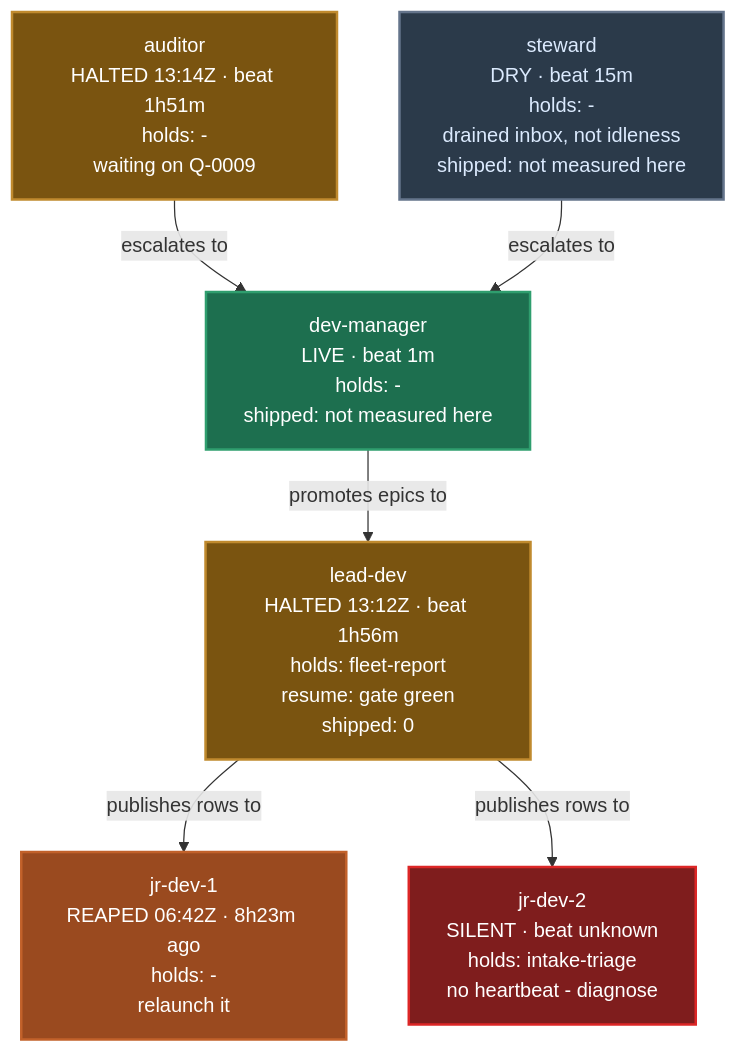
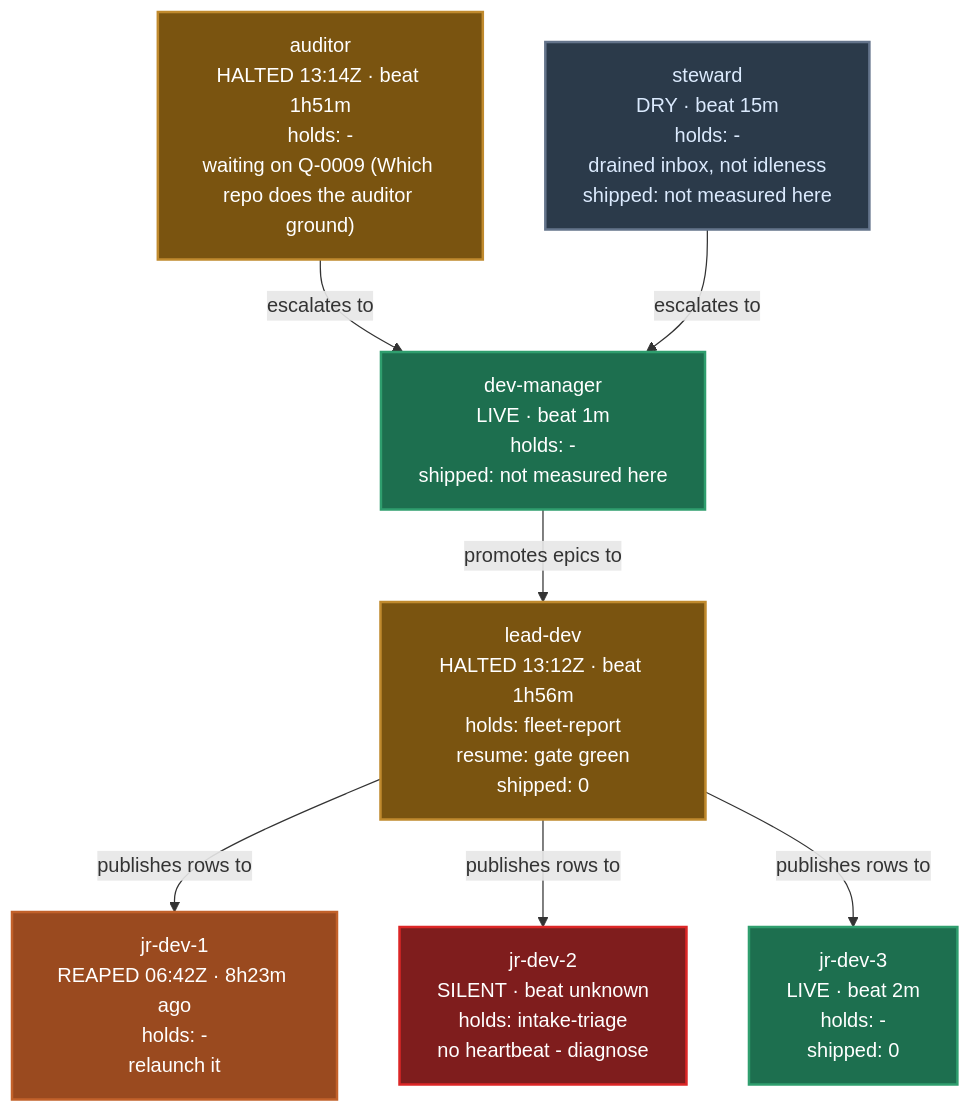
One commit to abrooks89/agentflow changed the diagram in skills/report/SKILL.md. Above: the diagram before and after it, drawn with Mermaid. The commit also changed other lines of this file and 271 other files, not shown here.

````diff
--- a/skills/report/SKILL.md
+++ b/skills/report/SKILL.md
@@ -654,25 +690,27 @@
 ```mermaid
 %% source: <data_root>/projects/<name>/status/registry.md (## Agents table)
 flowchart TD
-    AU["auditor<br/>HALTED 13:14Z &middot; beat 1h51m<br/>holds: -<br/>waiting on Q-0009"]:::halted
+    AU["auditor<br/>HALTED 13:14Z &middot; beat 1h51m<br/>holds: -<br/>waiting on Q-0009 (Which repo does the auditor ground)"]:::halted
     ST["steward<br/>DRY &middot; beat 15m<br/>holds: -<br/>drained inbox, not idleness<br/>shipped: not measured here"]:::dry
     DM["dev-manager<br/>LIVE &middot; beat 1m<br/>holds: -<br/>shipped: not measured here"]:::live
     LD["lead-dev<br/>HALTED 13:12Z &middot; beat 1h56m<br/>holds: fleet-report<br/>resume: gate green<br/>shipped: 0"]:::halted
     J1["jr-dev-1<br/>REAPED 06:42Z &middot; 8h23m ago<br/>holds: -<br/>relaunch it"]:::reapedfresh
     J2["jr-dev-2<br/>SILENT &middot; beat unknown<br/>holds: intake-triage<br/>no heartbeat - diagnose"]:::silent
+    J3["jr-dev-3<br/>LIVE &middot; beat 2m<br/>holds: -<br/>shipped: 0"]:::live
 
     AU -->|escalates to| DM
     ST -->|escalates to| DM
     DM -->|promotes epics to| LD
     LD -->|publishes rows to| J1
     LD -->|publishes rows to| J2
+    LD -->|publishes rows to| J3
 
     classDef live fill:#1d6f4f,stroke:#2f9e6e,stroke-width:2px,color:#ffffff
     classDef halted fill:#7a5410,stroke:#c08a2e,stroke-width:2px,color:#ffffff
     classDef reapedfresh fill:#9a4a1f,stroke:#c2612a,stroke-width:2px,color:#ffffff
     classDef reapedold fill:#3f4650,stroke:#6b7280,stroke-width:2px,color:#d4d4d8
     classDef silent fill:#7f1d1d,stroke:#dc2626,stroke-width:2px,color:#ffffff
     classDef dry fill:#2b3a4a,stroke:#64748b,stroke-width:2px,color:#dbeafe
     classDef blocked fill:#4c2a6b,stroke:#8b5cf6,stroke-width:2px,color:#f3e8ff
     classDef stooddown fill:#3f4650,stroke:#6b7280,stroke-width:2px,color:#d4d4d8
 ```
````
